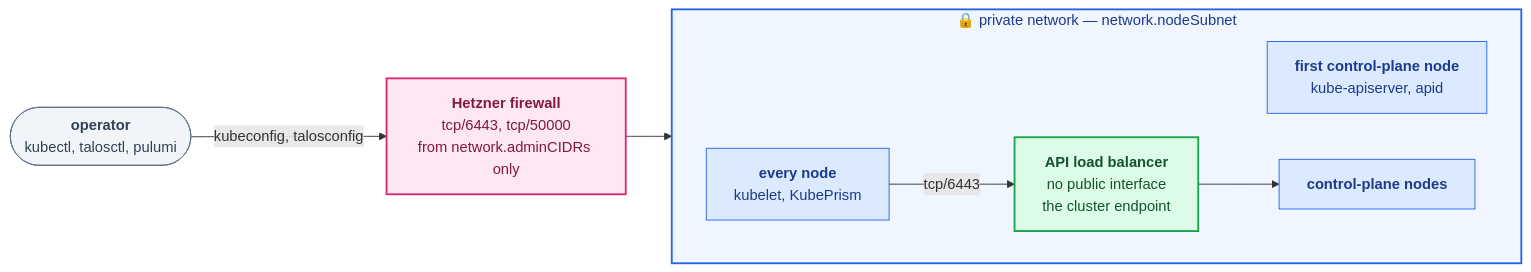
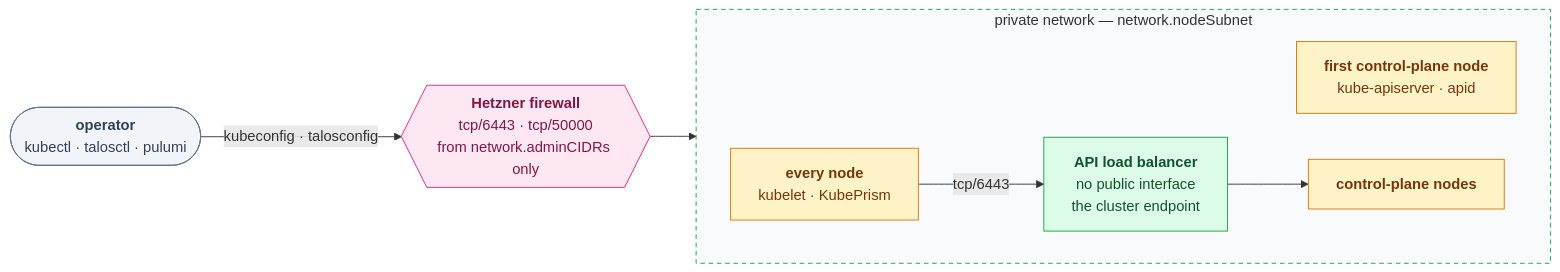
Before and after one commit to oleg-tkachuk/hetzner-iac: the second of 2 diagrams in docs/networking.md, drawn with Mermaid. The commit also changed other lines of this file and 3 other files, not shown here.

First line of the commit message:
docs(diagrams): share one palette and shape grammar across diagrams

````diff
--- a/docs/networking.md
+++ b/docs/networking.md
@@ -165,31 +163,31 @@
 ```mermaid
 flowchart LR
-    %% Same palette as the diagram above.
-    classDef outside fill:#F1F5F9,stroke:#64748B,stroke-width:1px,color:#334155
-    classDef edge fill:#DCFCE7,stroke:#16A34A,stroke-width:2px,color:#14532D
-    classDef inside fill:#DBEAFE,stroke:#2563EB,stroke-width:1px,color:#1E3A8A
-    classDef gate fill:#FCE7F3,stroke:#DB2777,stroke-width:2px,color:#831843
+    operator(["<b>operator</b><br/>kubectl · talosctl · pulumi"])
+    fw{{"<b>Hetzner firewall</b><br/>tcp/6443 · tcp/50000<br/>from network.adminCIDRs only"}}
 
-    operator(["<b>operator</b><br/>kubectl, talosctl, pulumi"])
-    fw["<b>Hetzner firewall</b><br/>tcp/6443, tcp/50000<br/>from network.adminCIDRs only"]
-
-    subgraph private["🔒 private network — network.nodeSubnet"]
+    subgraph private ["private network — network.nodeSubnet"]
         direction LR
-        cp0["<b>first control-plane node</b><br/>kube-apiserver, apid"]
-        nodes["<b>every node</b><br/>kubelet, KubePrism"]
+        cp0["<b>first control-plane node</b><br/>kube-apiserver · apid"]
+        nodes["<b>every node</b><br/>kubelet · KubePrism"]
         apilb["<b>API load balancer</b><br/>no public interface<br/>the cluster endpoint"]
         cps["<b>control-plane nodes</b>"]
     end
 
-    operator -->|"kubeconfig, talosconfig"| fw
+    operator -->|"kubeconfig · talosconfig"| fw
     fw --> cp0
     nodes -->|"tcp/6443"| apilb
     apilb --> cps
 
-    class operator outside
+    classDef actor fill:#F1F5F9,stroke:#64748B,color:#334155
+    classDef optional fill:#F1F5F9,stroke:#64748B,color:#334155,stroke-dasharray:5 4
+    classDef hetzner fill:#DCFCE7,stroke:#16A34A,color:#14532D
+    classDef talos fill:#FEF3C7,stroke:#D97706,color:#78350F
+    classDef kube fill:#DBEAFE,stroke:#2563EB,color:#1E3A8A
+    classDef state fill:#EDE9FE,stroke:#7C3AED,color:#3B0764
+    classDef gate fill:#FCE7F3,stroke:#DB2777,color:#831843
+    class operator actor
     class fw gate
-    class apilb edge
-    class cp0,nodes,cps inside
-
-    style private fill:#EFF6FF,stroke:#2563EB,stroke-width:2px,color:#1E3A8A
+    class apilb hetzner
+    class cp0,nodes,cps talos
+    style private fill:#F8FAFC,stroke:#16A34A,stroke-dasharray:5 4
 ```
````
